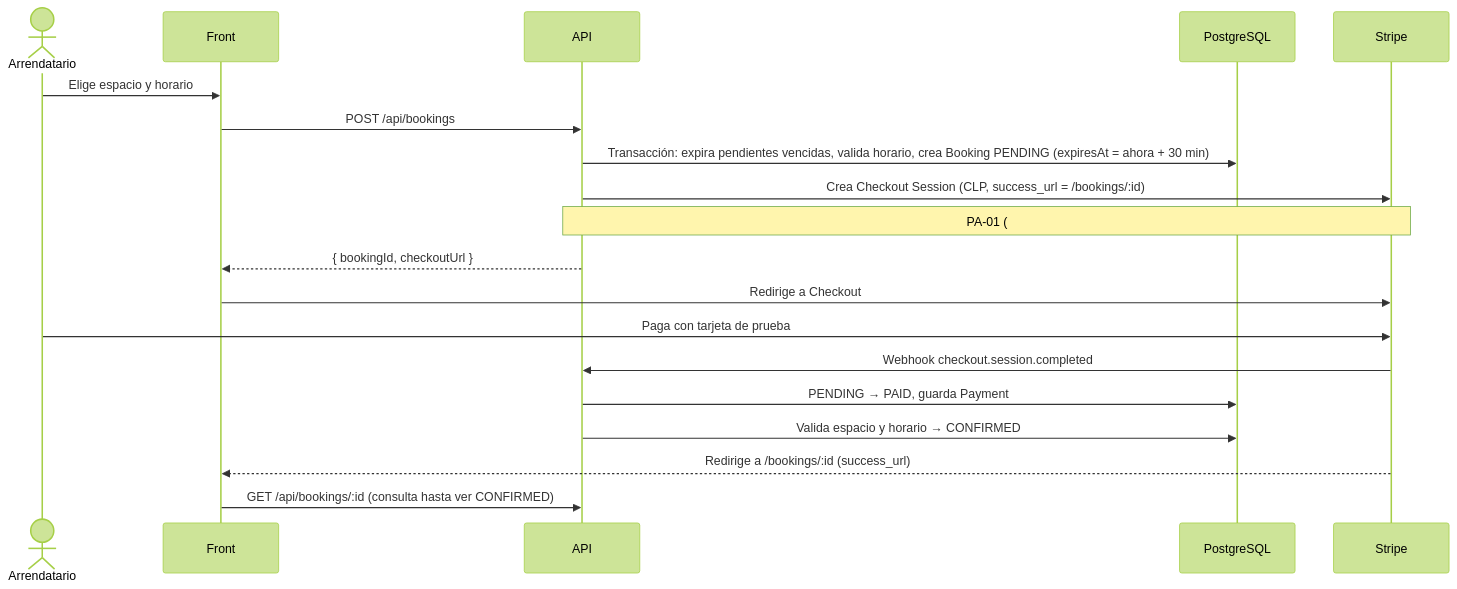
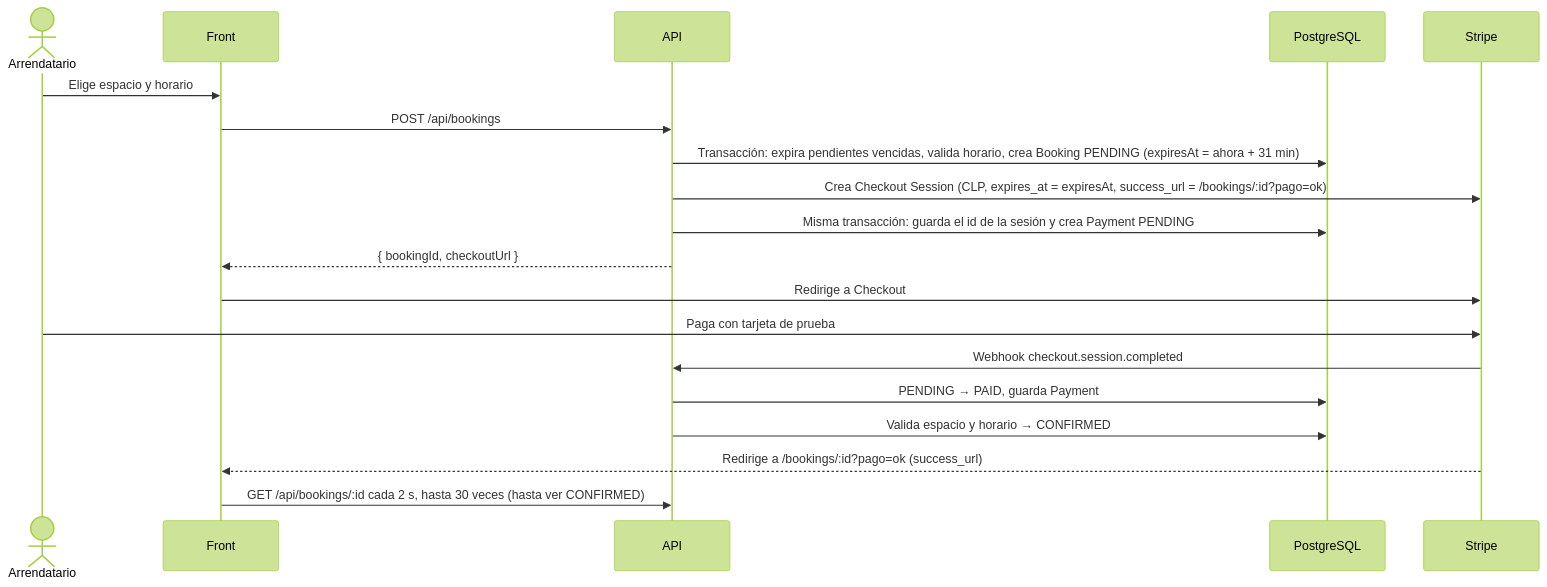
Before and after one commit to AlejandroMG/inf331-equipo-3: the third of 3 diagrams in docs/arquitectura.md, drawn with Mermaid (forest theme). The commit also changed other lines of this file and 42 other files, not shown here.

First line of the commit message:
feat(payments): PA-01 pagar con Stripe Checkout en modo test

````diff
--- a/docs/arquitectura.md
+++ b/docs/arquitectura.md
@@ -426,21 +429,21 @@
 ```mermaid
 sequenceDiagram
     actor Arr as Arrendatario
     participant F as Front
     participant A as API
     participant DB as PostgreSQL
     participant S as Stripe
     Arr->>F: Elige espacio y horario
     F->>A: POST /api/bookings
-    A->>DB: Transacción: expira pendientes vencidas, valida horario, crea Booking PENDING (expiresAt = ahora + 30 min)
-    A->>S: Crea Checkout Session (CLP, success_url = /bookings/:id)
-    Note over A,S: PA-01 (#45): Stripe exige expires_at ≥ creación + 30 min, así que no puede ser igual a expiresAt#59; se decide en PA-01
+    A->>DB: Transacción: expira pendientes vencidas, valida horario, crea Booking PENDING (expiresAt = ahora + 31 min)
+    A->>S: Crea Checkout Session (CLP, expires_at = expiresAt, success_url = /bookings/:id?pago=ok)
+    A->>DB: Misma transacción: guarda el id de la sesión y crea Payment PENDING
     A-->>F: { bookingId, checkoutUrl }
     F->>S: Redirige a Checkout
     Arr->>S: Paga con tarjeta de prueba
     S->>A: Webhook checkout.session.completed
     A->>DB: PENDING → PAID, guarda Payment
     A->>DB: Valida espacio y horario → CONFIRMED
-    S-->>F: Redirige a /bookings/:id (success_url)
-    F->>A: GET /api/bookings/:id (consulta hasta ver CONFIRMED)
+    S-->>F: Redirige a /bookings/:id?pago=ok (success_url)
+    F->>A: GET /api/bookings/:id cada 2 s, hasta 30 veces (hasta ver CONFIRMED)
 ```
````
